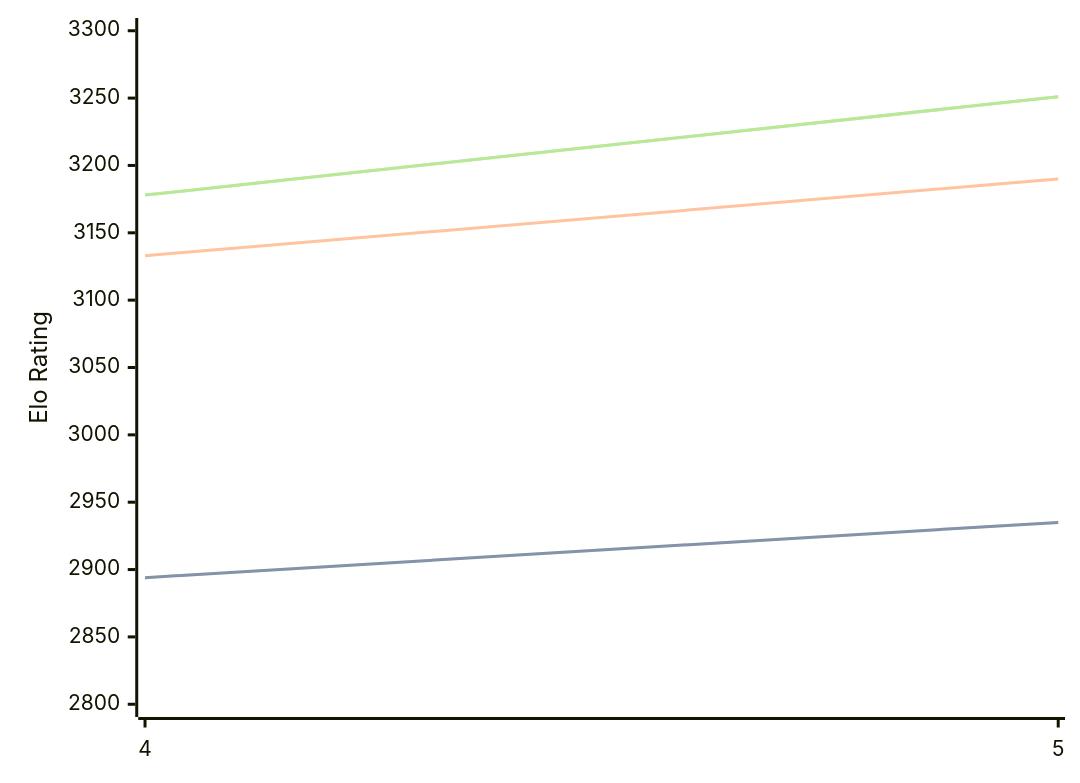
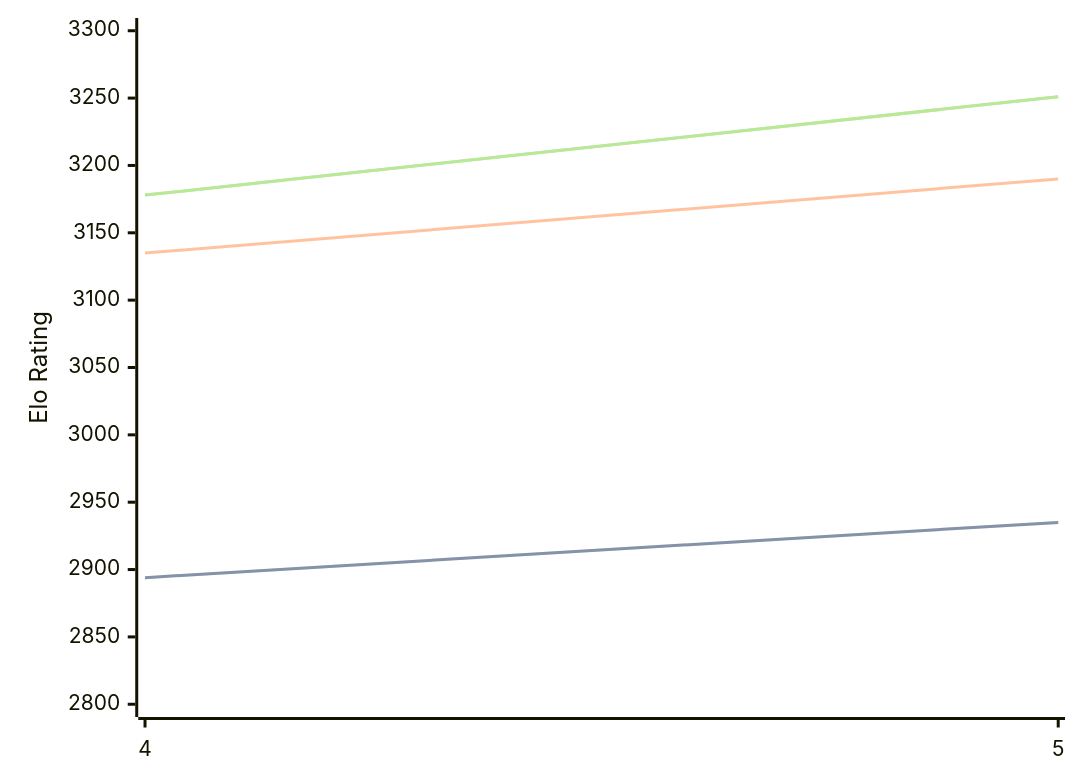
The diagram in engines/Cwtch.md (computer-chess-index/cci), drawn with Mermaid before and after one commit. The commit also changed other lines of this file, not shown here.

````diff
--- a/engines/Cwtch.md
+++ b/engines/Cwtch.md
@@ -34,11 +34,11 @@
 ```mermaid
 %%{init: {"theme":"base","themeVariables":{"seriesColors:['#a3a3a3','#222221','#faa371']}}}%%
 xychart-beta
   x-axis ["4", "5"]
   y-axis "Elo Rating" 2800 --> 3300
   line "STC (8.0+0.08s)" [2894, 2935]
   line "STC (8.0+0.08s)" [2894, 2935]
-  line "LTC (60.0+0.60s)" [3133, 3190]
+  line "LTC (60.0+0.60s)" [3135, 3190]
   line "VLTC (2m24s+1.12s)" [3178, 3251]
   line "VLTC (2m24s+1.12s)" [3178, 3251]
 ```
````
